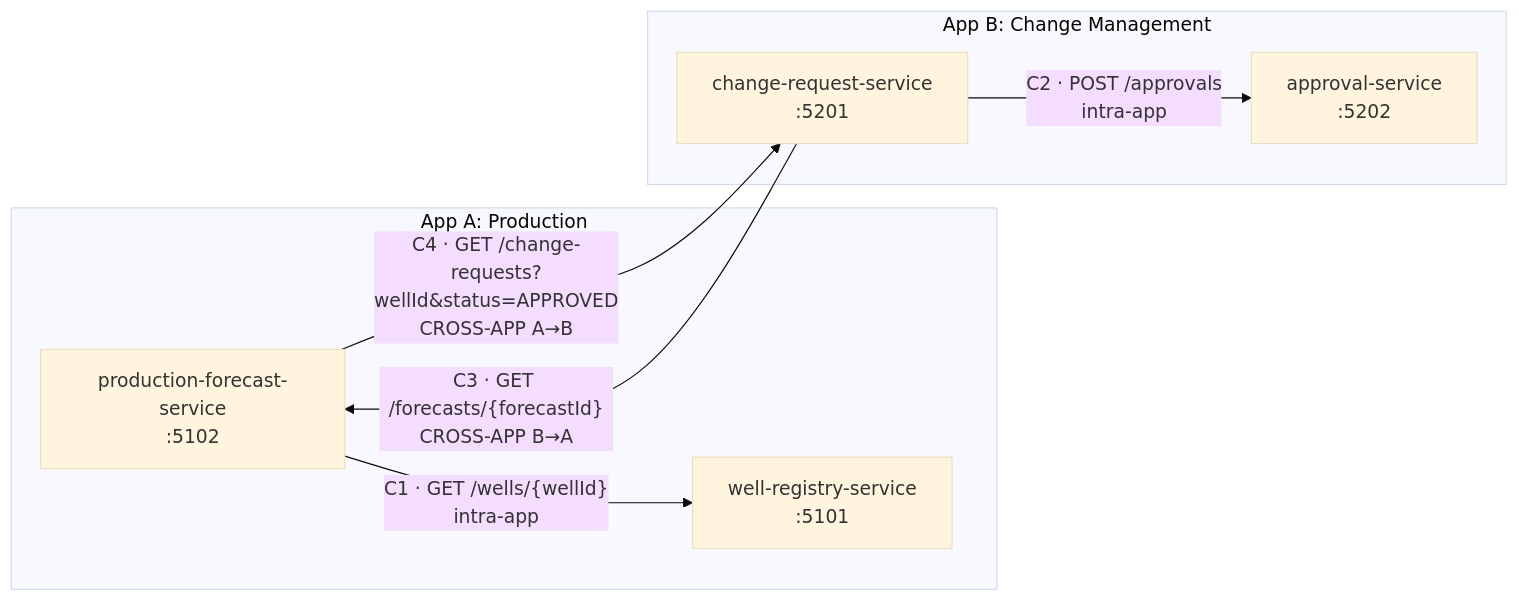
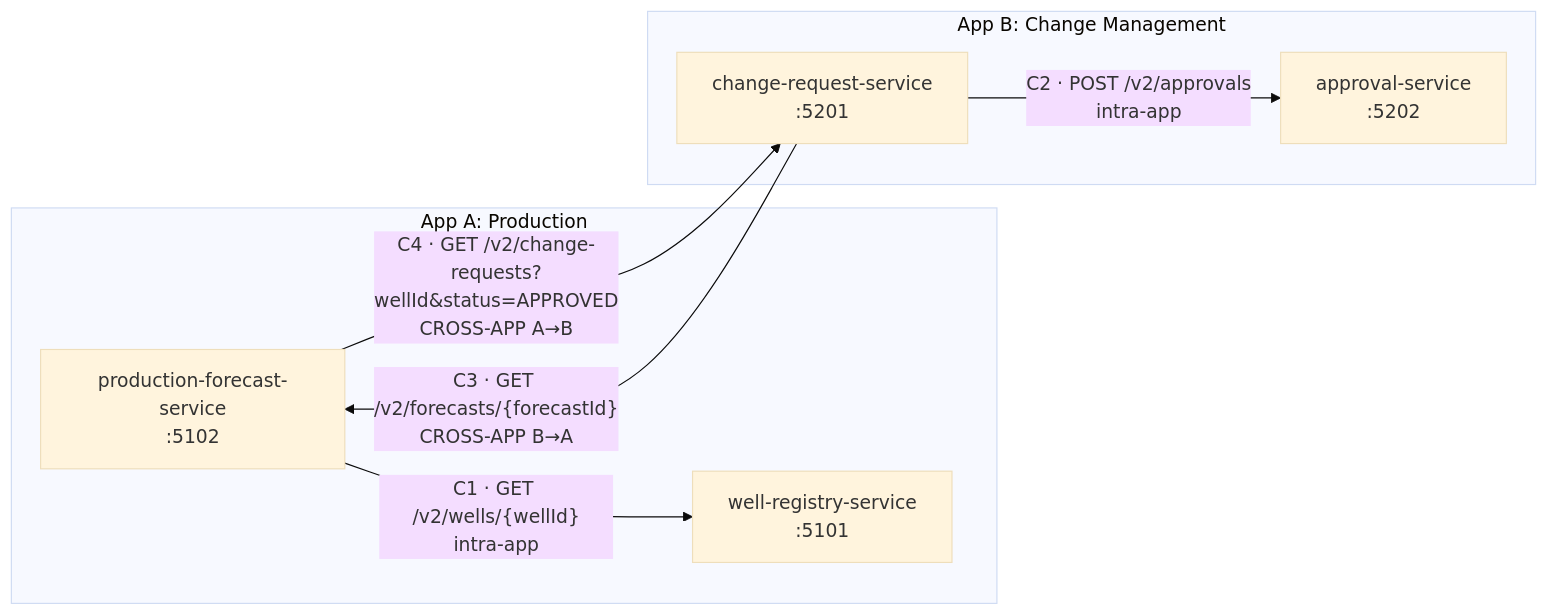
The first of 2 diagrams in README.md (Raghul5823/specmatic-prototype), drawn with Mermaid (base theme) before and after one commit. The commit also changed other lines of this file and 19 other files, not shown here.

````diff
--- a/README.md
+++ b/README.md
@@ -57,15 +72,15 @@
 ```mermaid
 flowchart LR
   subgraph A["App A: Production"]
     WR["well-registry-service<br/>:5101"]
     PF["production-forecast-service<br/>:5102"]
   end
   subgraph B["App B: Change Management"]
     CR["change-request-service<br/>:5201"]
     AP["approval-service<br/>:5202"]
   end
-  PF -- "C1 · GET /wells/{wellId}<br/>intra-app" --> WR
-  CR -- "C2 · POST /approvals<br/>intra-app" --> AP
-  CR -- "C3 · GET /forecasts/{forecastId}<br/>CROSS-APP B→A" --> PF
-  PF -- "C4 · GET /change-requests?wellId&status=APPROVED<br/>CROSS-APP A→B" --> CR
+  PF -- "C1 · GET /v2/wells/{wellId}<br/>intra-app" --> WR
+  CR -- "C2 · POST /v2/approvals<br/>intra-app" --> AP
+  CR -- "C3 · GET /v2/forecasts/{forecastId}<br/>CROSS-APP B→A" --> PF
+  PF -- "C4 · GET /v2/change-requests?wellId&status=APPROVED<br/>CROSS-APP A→B" --> CR
 ```
````
